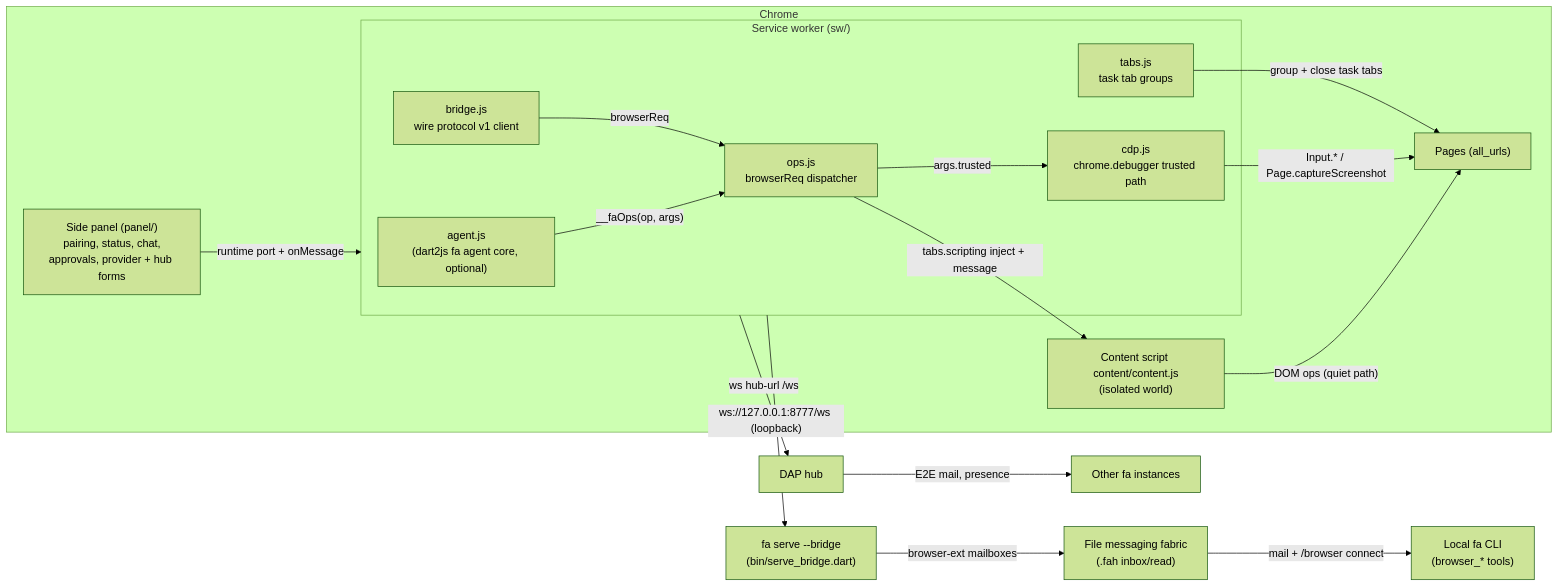
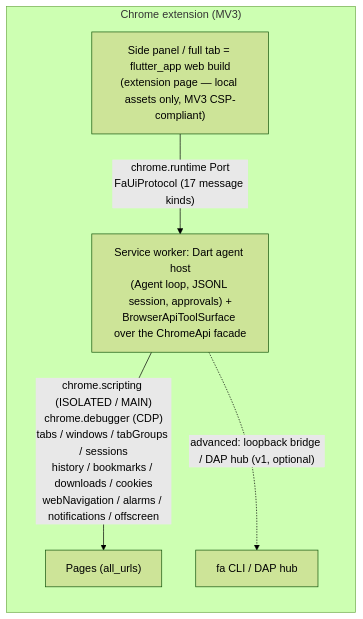
The diagram in docs/browser-extension.md (IstiN/flutter_agent_harness), drawn with Mermaid (forest theme) before and after one commit. The commit also changed other lines of this file and 5 other files, not shown here.

First line of the commit message:
docs(browser-ext)+ci: v2.1 documentation, permission justifications, package suite in CI (issue 30 L6)

````diff
--- a/docs/browser-extension.md
+++ b/docs/browser-extension.md
@@ -30,31 +36,11 @@
 ```mermaid
-flowchart LR
-  subgraph chrome["Chrome"]
-    panel["Side panel (panel/)<br/>pairing, status, chat,<br/>approvals, provider + hub forms"]
-    subgraph sw["Service worker (sw/)"]
-      agent["agent.js<br/>(dart2js fa agent core, optional)"]
-      bridgejs["bridge.js<br/>wire protocol v1 client"]
-      ops["ops.js<br/>browserReq dispatcher"]
-      tabsjs["tabs.js<br/>task tab groups"]
-      cdp["cdp.js<br/>chrome.debugger trusted path"]
-    end
-    content["Content script content/content.js<br/>(isolated world)"]
-    pages["Pages (all_urls)"]
+flowchart TB
+  subgraph ext["Chrome extension (MV3)"]
+    direction TB
+    ui["Side panel / full tab = flutter_app web build<br/>(extension page — local assets only, MV3 CSP-compliant)"]
+    sw["Service worker: Dart agent host<br/>(Agent loop, JSONL session, approvals) +<br/>BrowserApiToolSurface over the ChromeApi facade"]
+    ui -- "chrome.runtime Port<br/>FaUiProtocol (17 message kinds)" --> sw
+    sw -- "chrome.scripting (ISOLATED / MAIN)<br/>chrome.debugger (CDP)<br/>tabs / windows / tabGroups / sessions<br/>history / bookmarks / downloads / cookies<br/>webNavigation / alarms / notifications / offscreen" --> pages["Pages (all_urls)"]
+    sw -. "advanced: loopback bridge / DAP hub (v1, optional)" .-> cli["fa CLI / DAP hub"]
   end
-
-  panel -- "runtime port + onMessage" --> sw
-  agent -- "__faOps(op, args)" --> ops
-  bridgejs -- "browserReq" --> ops
-  ops -- "tabs.scripting inject + message" --> content
-  content -- "DOM ops (quiet path)" --> pages
-  ops -- "args.trusted" --> cdp
-  cdp -- "Input.* / Page.captureScreenshot" --> pages
-  tabsjs -- "group + close task tabs" --> pages
-
-  sw -- "ws://127.0.0.1:8777/ws (loopback)" --> serve["fa serve --bridge<br/>(bin/serve_bridge.dart)"]
-  serve -- "browser-ext mailboxes" --> fabric["File messaging fabric<br/>(.fah inbox/read)"]
-  fabric -- "mail + /browser connect" --> cli["Local fa CLI<br/>(browser_* tools)"]
-
-  sw -- "ws hub-url /ws" --> hub["DAP hub"]
-  hub -- "E2E mail, presence" --> other["Other fa instances"]
 ```
````
